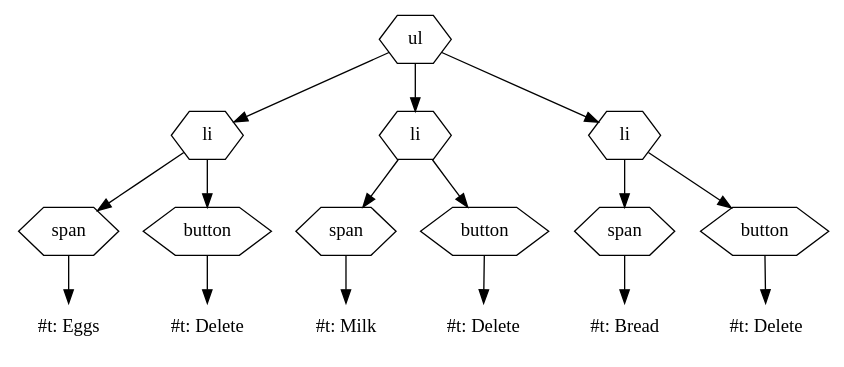
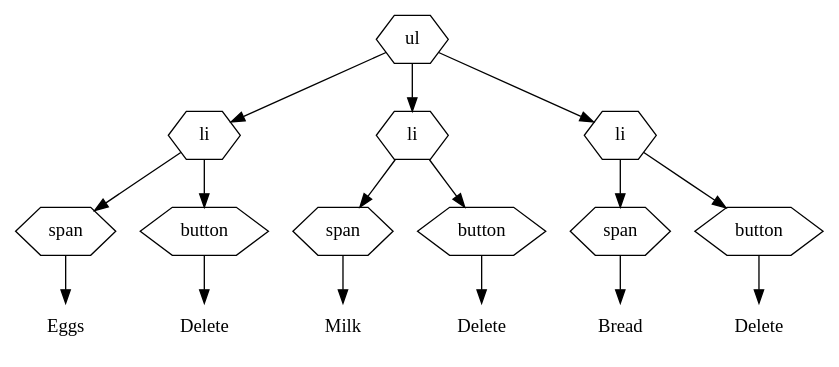
One commit to nikclayton/web-courseware changed the second of 4 diagrams in courseware/week2/shopping/shopping.org. Above: the diagram before and after it, drawn with Graphviz. The commit also changed other lines of this file, not shown here.

Commit message:
Remove "#t: " from DOM graphs.

```diff
--- a/courseware/week2/shopping/shopping.org
+++ b/courseware/week2/shopping/shopping.org
@@ -1092,39 +1092,39 @@
  #+BEGIN_SRC dot :file list-item-graph2.svg :cmdline -Tsvg -Gstylesheet=../../graphviz.css
  digraph G {
    node [shape="hexagon"];
 
    ul -> {li1, li2, li3};
    li1 [label="li"];
    li1 -> span1
    li1 -> button1
 
    span1 [label="span"];
    span1 -> span_content1;
-   span_content1 [label="#t: Eggs" shape=none];
+   span_content1 [label="Eggs" shape=none];
    button1 [label="button"];
    button1 -> button_content1;
-   button_content1 [label="#t: Delete" shape=none];
+   button_content1 [label="Delete" shape=none];
 
    li2 [label="li"];
    li2 -> span2
    li2 -> button2
 
    span2 [label="span"];
    span2 -> span_content2;
-   span_content2 [label="#t: Milk" shape=none];
+   span_content2 [label="Milk" shape=none];
    button2 [label="button"];
    button2 -> button_content2;
-   button_content2 [label="#t: Delete" shape=none];
+   button_content2 [label="Delete" shape=none];
 
    li3 [label="li"];
    li3 -> span3
    li3 -> button3
 
    span3 [label="span"];
    span3 -> span_content3;
-   span_content3 [label="#t: Bread" shape=none];
+   span_content3 [label="Bread" shape=none];
    button3 [label="button"];
    button3 -> button_content3;
-   button_content3 [label="#t: Delete" shape=none];
+   button_content3 [label="Delete" shape=none];
  }
  #+END_SRC
```
